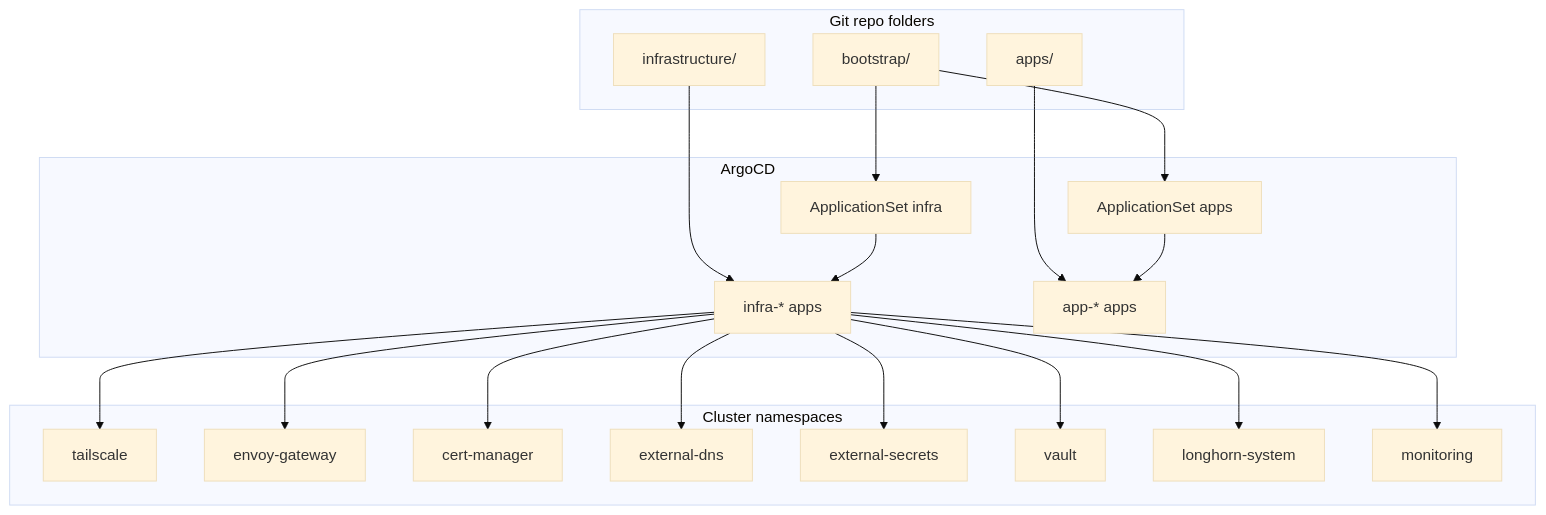
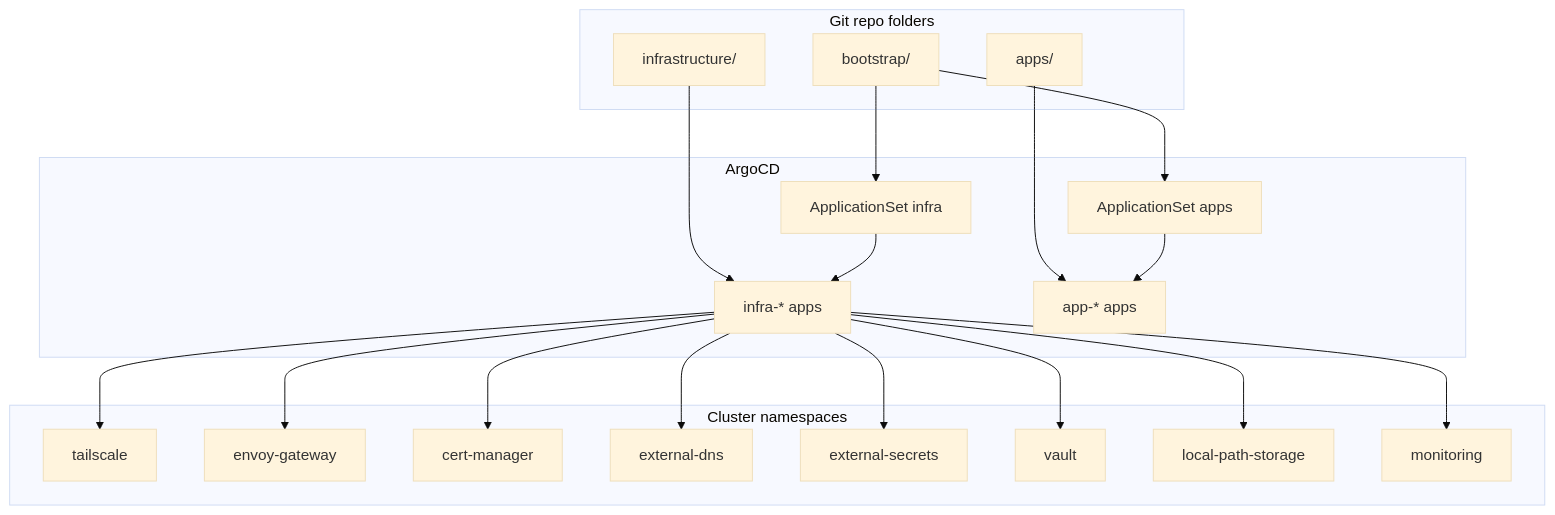
Before and after one commit to nsudhanva/homelab: the diagram in docs/src/content/docs/reference/infrastructure-components.md, drawn with Mermaid (base theme). The commit also changed other lines of this file and 40 other files, not shown here.

````diff
--- a/docs/src/content/docs/reference/infrastructure-components.md
+++ b/docs/src/content/docs/reference/infrastructure-components.md
@@ -22,41 +22,41 @@
 ```mermaid
 flowchart TB
   subgraph Git["Git repo folders"]
     Boot["bootstrap/"]
     Infra["infrastructure/"]
     Apps["apps/"]
   end
 
   subgraph Argo["ArgoCD"]
     AppSetInfra["ApplicationSet infra"]
     AppSetApps["ApplicationSet apps"]
     InfraApps["infra-* apps"]
     UserApps["app-* apps"]
   end
 
   subgraph Cluster["Cluster namespaces"]
     Tailscale["tailscale"]
     Envoy["envoy-gateway"]
     Cert["cert-manager"]
     ExtDNS["external-dns"]
     ExtSecrets["external-secrets"]
     Vault["vault"]
-    Longhorn["longhorn-system"]
+    Storage["local-path-storage"]
     Monitoring["monitoring"]
   end
 
   Boot --> AppSetInfra
   Boot --> AppSetApps
   Infra --> InfraApps
   Apps --> UserApps
   AppSetInfra --> InfraApps
   AppSetApps --> UserApps
   InfraApps --> Tailscale
   InfraApps --> Envoy
   InfraApps --> Cert
   InfraApps --> ExtDNS
   InfraApps --> ExtSecrets
   InfraApps --> Vault
-  InfraApps --> Longhorn
+  InfraApps --> Storage
   InfraApps --> Monitoring
 ```
````
